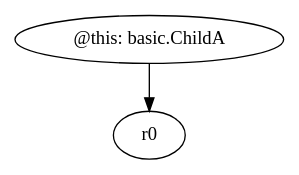
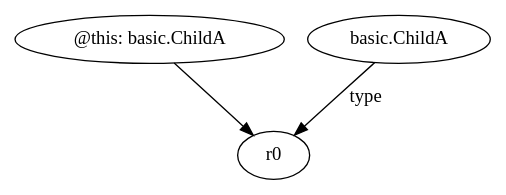
The diagram in relation2/<basic.ChildA: void <init>()>.dot (SeanCoek/zString), drawn with Graphviz before and after one commit. The commit also changed 4443 other files, not shown here.

```diff
--- a/relation2/<basic.ChildA: void <init>()>.dot
+++ b/relation2/<basic.ChildA: void <init>()>.dot
@@ -1,5 +1,7 @@
 digraph g {
 0[label="@this: basic.ChildA"]
 1[label="r0"]
 0->1[label=""]
+2[label="basic.ChildA"]
+2->1[label="type"]
 }
```
